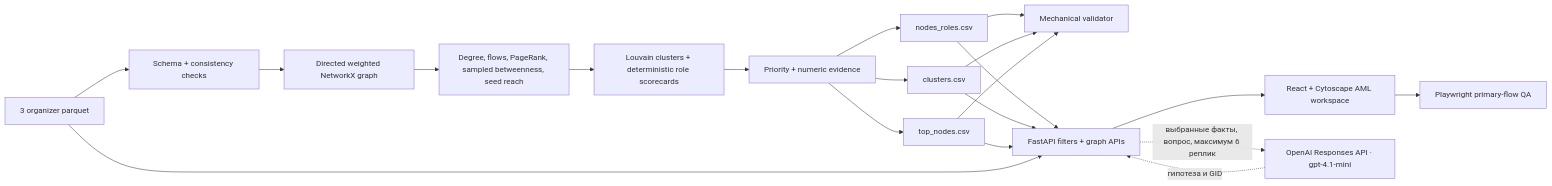
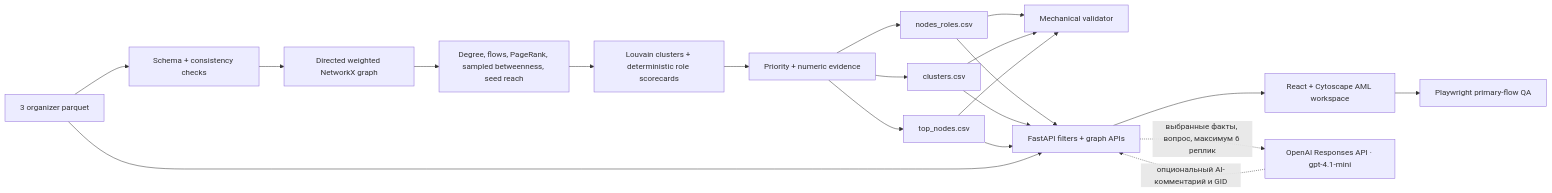
Before and after one commit to BAITC-Hacks/hack-0a855e0e-terra-group-labs: the first of 3 diagrams in README.md, drawn with Mermaid. The commit also changed other lines of this file and 17 other files, not shown here.

````diff
--- a/README.md
+++ b/README.md
@@ -23,18 +37,18 @@
 ```mermaid
 flowchart LR
     A[3 organizer parquet] --> B[Schema + consistency checks]
     B --> C[Directed weighted NetworkX graph]
     C --> D[Degree, flows, PageRank, sampled betweenness, seed reach]
     D --> E[Louvain clusters + deterministic role scorecards]
     E --> F[Priority + numeric evidence]
     F --> G[nodes_roles.csv]
     F --> H[clusters.csv]
     F --> I[top_nodes.csv]
     G & H & I --> J[Mechanical validator]
     G & H & I --> K[FastAPI filters + graph APIs]
     A --> K
     K --> L[React + Cytoscape AML workspace]
     K -. выбранные факты, вопрос, максимум 6 реплик .-> N[OpenAI Responses API · gpt-4.1-mini]
-    N -. гипотеза и GID .-> K
+    N -. опциональный AI-комментарий и GID .-> K
     L --> M[Playwright primary-flow QA]
 ```
````
